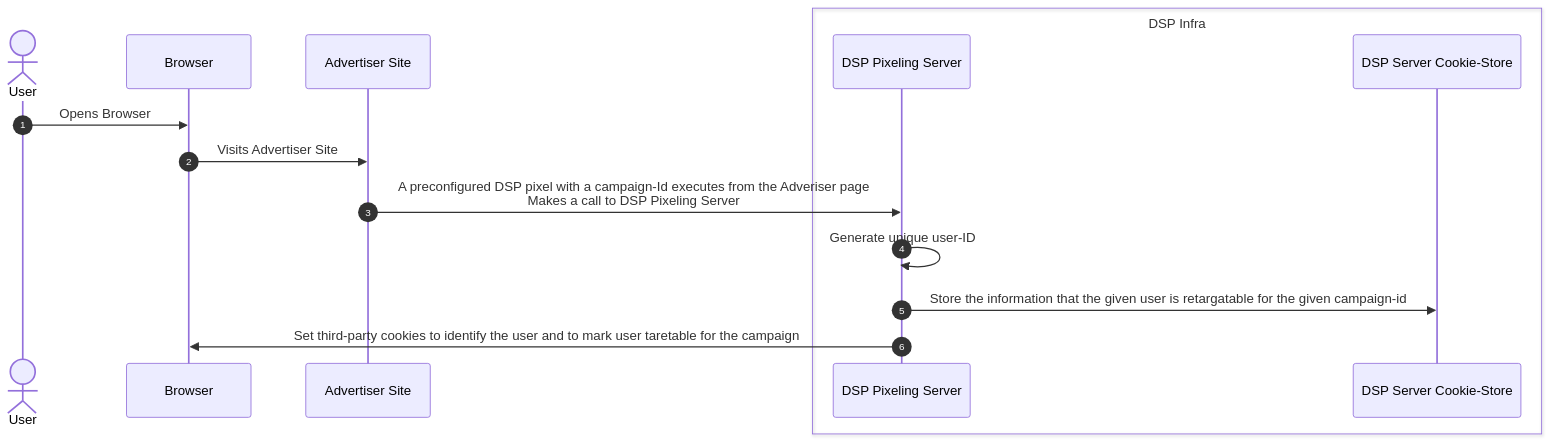
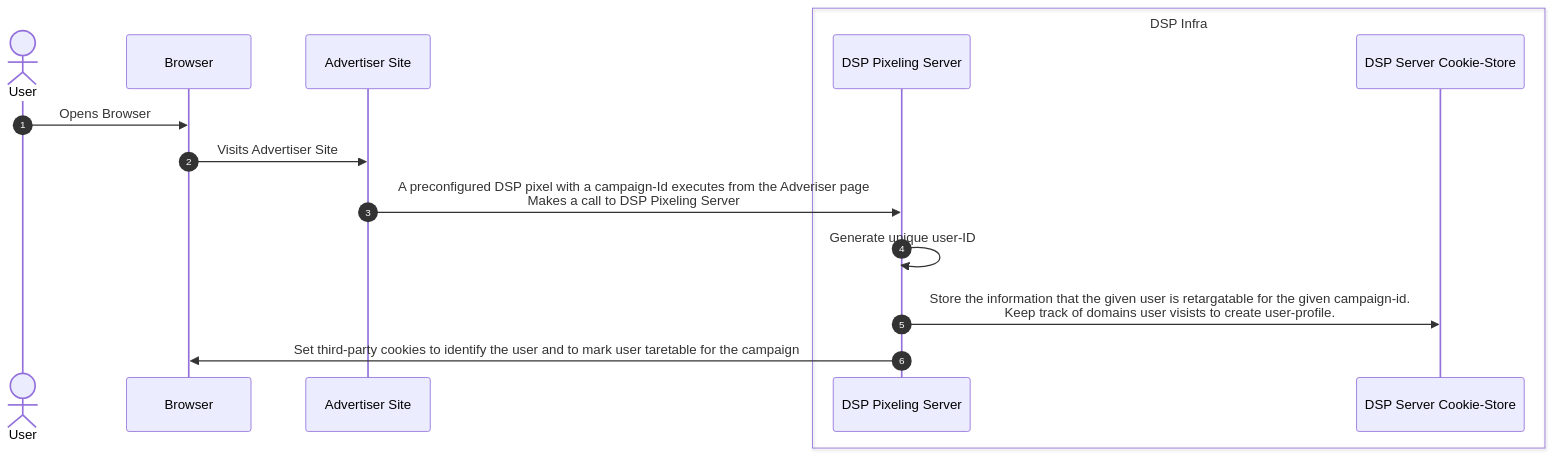
The first of 6 diagrams in Fledge/RetargetingWithCookies.md (pm-harshad-mane/Diagrams), drawn with Mermaid before and after one commit.

````diff
--- a/Fledge/RetargetingWithCookies.md
+++ b/Fledge/RetargetingWithCookies.md
@@ -3,18 +3,18 @@
 ```mermaid
 sequenceDiagram
     autonumber
     actor User
     participant Browser
     participant Adv as Advertiser Site
     box DSP Infra
     participant DSP_pix as DSP Pixeling Server
     participant DSP_db as DSP Server Cookie-Store
     end
 
     User->>Browser: Opens Browser
     Browser->>Adv: Visits Advertiser Site
     Adv->>DSP_pix: A preconfigured DSP pixel with a campaign-Id executes from the Adveriser page  <br/> Makes a call to DSP Pixeling Server
     DSP_pix->>DSP_pix: Generate unique user-ID
-    DSP_pix->>DSP_db: Store the information that the given user is retargatable for the given campaign-id
+    DSP_pix->>DSP_db: Store the information that the given user is retargatable for the given campaign-id. <br/> Keep track of domains user visists to create user-profile.
     DSP_pix->>Browser: Set third-party cookies to identify the user and to mark user taretable for the campaign
 ```
````
